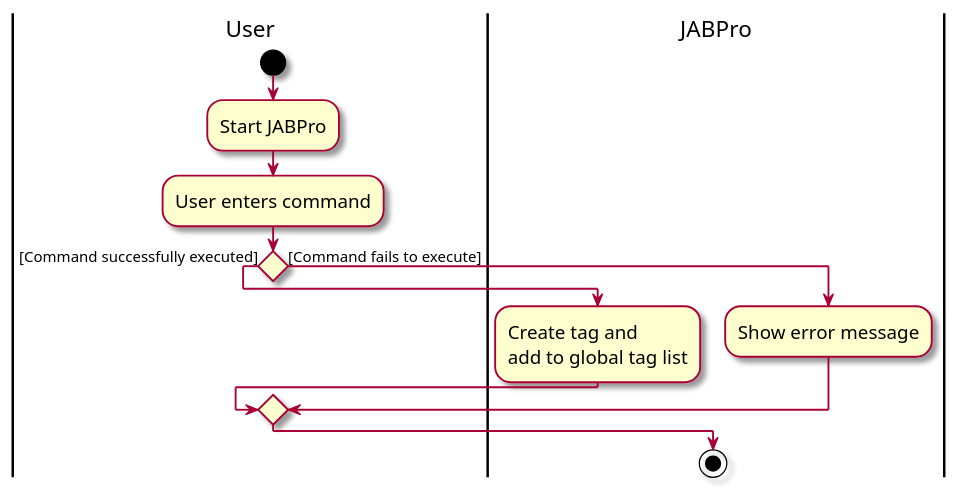
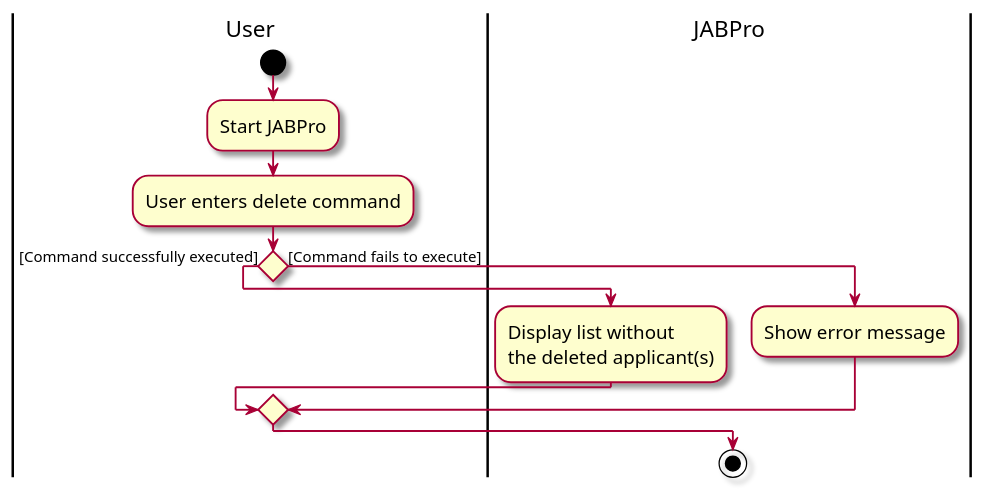
The diagram in diagrams/DeleteActivityDiagram.puml (AriellaCallista/tp), drawn with PlantUML before and after one commit. The commit also changed 50 other files, not shown here.

```diff
--- a/diagrams/DeleteActivityDiagram.puml
+++ b/diagrams/DeleteActivityDiagram.puml
@@ -1,19 +1,19 @@
 @startuml
 'https://plantuml.com/activity-diagram-beta
 |User|
 skin rose
 skinparam ActivityFontSize 15
 skinparam ArrowFontSize 12
 start
 :Start JABPro;
-:User enters command;
+:User enters delete command;
 
 if () then ([Command successfully executed])
     |JABPro|
-    :Create tag and
-    add to global tag list;
+    :Display list without
+    the deleted applicant(s);
 else ([Command fails to execute])
     :Show error message;
 endif
 stop
 @enduml
```
